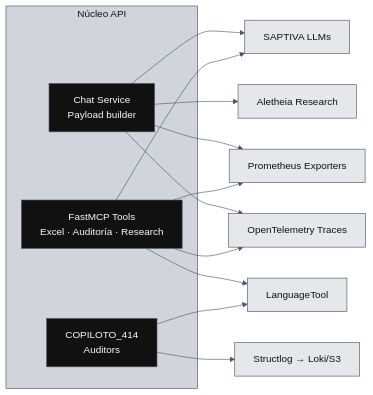
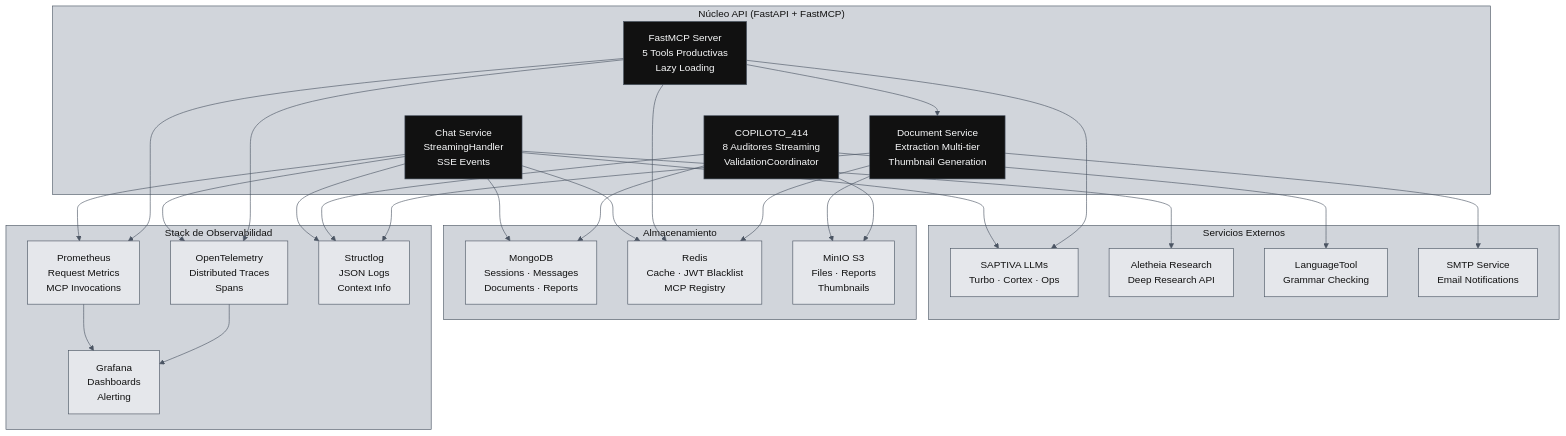
The third of 9 diagrams in README.md (saptiva-ai/octavios-chat), drawn with Mermaid before and after one commit. The commit also changed other lines of this file, not shown here.

First line of the commit message:
docs(architecture): enhance README diagrams with current platform state

````diff
--- a/README.md
+++ b/README.md
@@ -137,25 +168,60 @@
 ```mermaid
 %%{init: {'theme': 'base', 'themeVariables': {'primaryColor': '#111111','primaryBorderColor': '#4b5563','primaryTextColor': '#f9fafb','lineColor': '#4b5563','secondaryColor': '#ffffff','secondaryBorderColor': '#4b5563','secondaryTextColor': '#111111','tertiaryColor': '#d1d5db','tertiaryBorderColor': '#4b5563','tertiaryTextColor': '#111111'}}}%%
-flowchart LR
-    subgraph Core["Núcleo API"]
-        chat_core["Chat Service<br/>Payload builder"]:::dark
-        mcp_core["FastMCP Tools<br/>Excel · Auditoría · Research"]:::dark
-        audit_core["COPILOTO_414<br/>Auditors"]:::dark
+flowchart TB
+    subgraph Core["Núcleo API (FastAPI + FastMCP)"]
+        chat_core["Chat Service<br/>StreamingHandler<br/>SSE Events"]:::dark
+        mcp_core["FastMCP Server<br/>5 Tools Productivas<br/>Lazy Loading"]:::dark
+        audit_core["COPILOTO_414<br/>8 Auditores Streaming<br/>ValidationCoordinator"]:::dark
+        doc_core["Document Service<br/>Extraction Multi-tier<br/>Thumbnail Generation"]:::dark
     end
 
-    chat_core --> saptiva[SAPTIVA LLMs]:::gray
-    chat_core --> aletheia[Aletheia Research]:::gray
-    mcp_core --> languagetool[LanguageTool]:::gray
+    subgraph External["Servicios Externos"]
+        saptiva["SAPTIVA LLMs<br/>Turbo · Cortex · Ops"]:::gray
+        aletheia["Aletheia Research<br/>Deep Research API"]:::gray
+        languagetool["LanguageTool<br/>Grammar Checking"]:::gray
+        smtp["SMTP Service<br/>Email Notifications"]:::gray
+    end
+
+    subgraph Storage["Almacenamiento"]
+        mongo["MongoDB<br/>Sessions · Messages<br/>Documents · Reports"]:::gray
+        redis["Redis<br/>Cache · JWT Blacklist<br/>MCP Registry"]:::gray
+        minio["MinIO S3<br/>Files · Reports<br/>Thumbnails"]:::gray
+    end
+
+    subgraph Observability["Stack de Observabilidad"]
+        prom["Prometheus<br/>Request Metrics<br/>MCP Invocations"]:::gray
+        otel["OpenTelemetry<br/>Distributed Traces<br/>Spans"]:::gray
+        logs["Structlog<br/>JSON Logs<br/>Context Info"]:::gray
+        grafana["Grafana<br/>Dashboards<br/>Alerting"]:::gray
+    end
+
+    chat_core --> saptiva
+    chat_core --> aletheia
     mcp_core --> saptiva
+    mcp_core --> doc_core
     audit_core --> languagetool
+    doc_core --> smtp
 
-    chat_core --> prom[Prometheus Exporters]:::gray
-    chat_core --> otel[OpenTelemetry Traces]:::gray
+    chat_core --> mongo
+    chat_core --> redis
+    mcp_core --> redis
+    doc_core --> minio
+    doc_core --> redis
+    audit_core --> mongo
+    audit_core --> minio
+
+    chat_core --> prom
+    chat_core --> otel
+    chat_core --> logs
     mcp_core --> prom
     mcp_core --> otel
-    audit_core --> logs[Structlog → Loki/S3]:::gray
+    audit_core --> logs
+    doc_core --> logs
+
+    prom --> grafana
+    otel --> grafana
 
     classDef dark fill:#111111,stroke:#4b5563,color:#f9fafb;
     classDef light fill:#ffffff,stroke:#4b5563,color:#111111;
     classDef gray fill:#e5e7eb,stroke:#4b5563,color:#111111;
 ```
````
